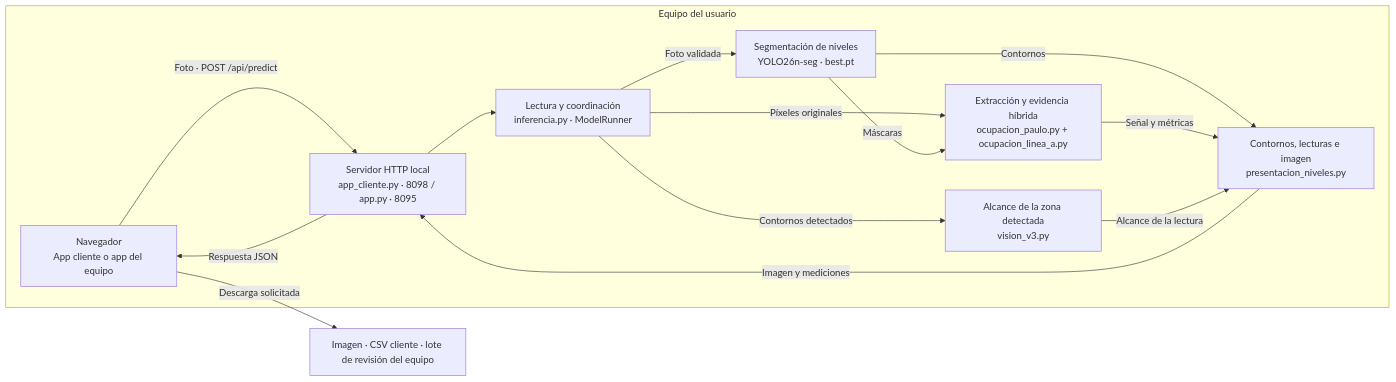
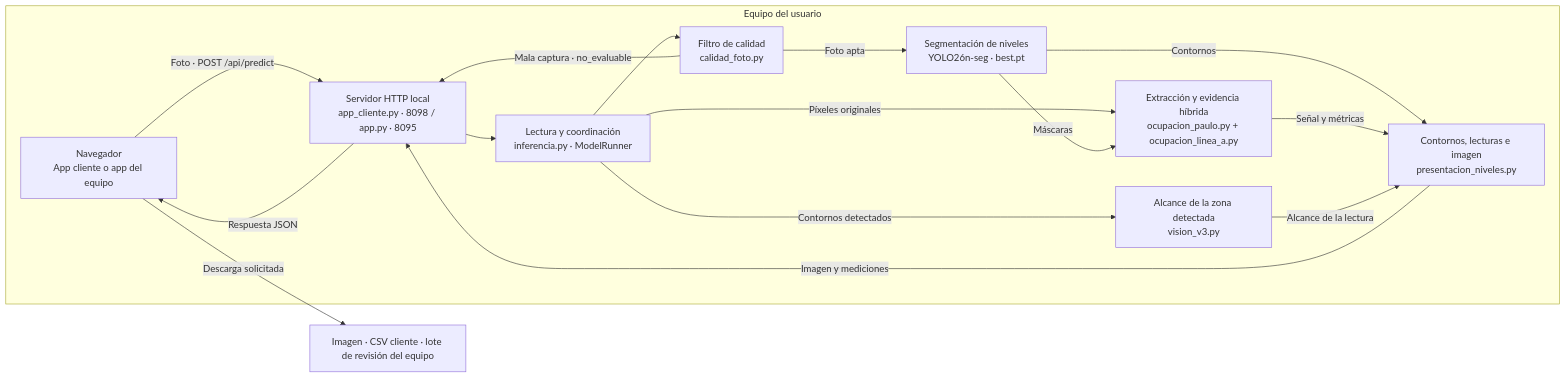
Before and after one commit to vcanio/Capstone2026: the second of 2 diagrams in README.md, drawn with Mermaid. The commit also changed other lines of this file and 8 other files, not shown here.

Commit message:
Agrega compuerta automatica de calidad de foto y actualiza documentacion

````diff
--- a/README.md
+++ b/README.md
@@ -229,24 +236,27 @@
 ```mermaid
 flowchart LR
     subgraph Equipo["Equipo del usuario"]
         UI["Navegador<br/>App cliente o app del equipo"]
         API["Servidor HTTP local<br/>app_cliente.py · 8098 / app.py · 8095"]
         RUN["Lectura y coordinación<br/>inferencia.py · ModelRunner"]
+        QUAL["Filtro de calidad<br/>calidad_foto.py"]
         MODEL["Segmentación de niveles<br/>YOLO26n-seg · best.pt"]
         SIGNAL["Extracción y evidencia híbrida<br/>ocupacion_paulo.py + ocupacion_linea_a.py"]
         SCOPE["Alcance de la zona detectada<br/>vision_v3.py"]
         VIEW["Contornos, lecturas e imagen<br/>presentacion_niveles.py"]
         UI -->|"Foto · POST /api/predict"| API
         API --> RUN
-        RUN -->|"Foto validada"| MODEL
+        RUN --> QUAL
+        QUAL -->|"Mala captura · no_evaluable"| API
+        QUAL -->|"Foto apta"| MODEL
         RUN -->|"Píxeles originales"| SIGNAL
         MODEL -->|"Máscaras"| SIGNAL
         MODEL -->|"Contornos"| VIEW
         RUN -->|"Contornos detectados"| SCOPE
         SIGNAL -->|"Señal y métricas"| VIEW
         SCOPE -->|"Alcance de la lectura"| VIEW
         VIEW -->|"Imagen y mediciones"| API
         API -->|"Respuesta JSON"| UI
     end
     UI -->|"Descarga solicitada"| OUTPUT["Imagen · CSV cliente · lote de revisión del equipo"]
 ```
````
